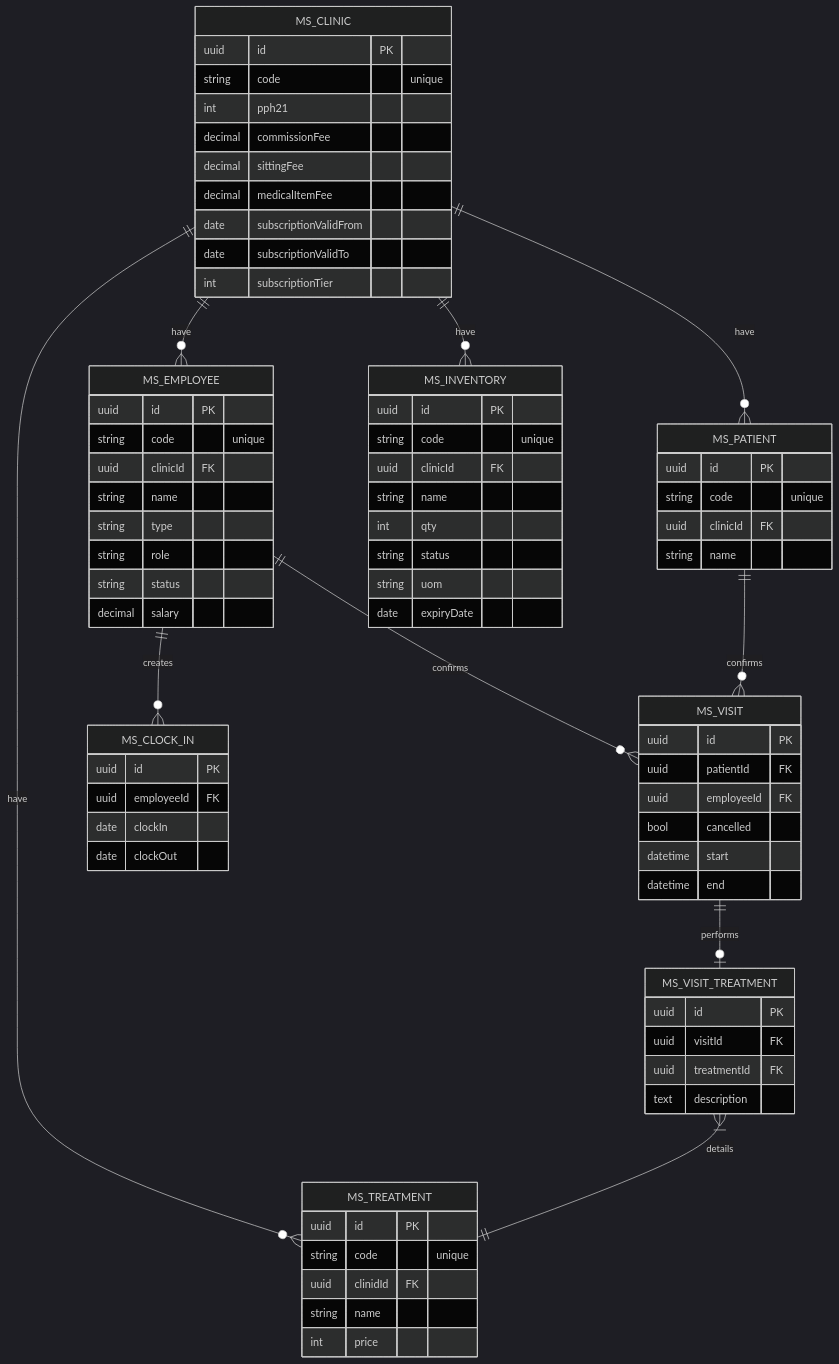
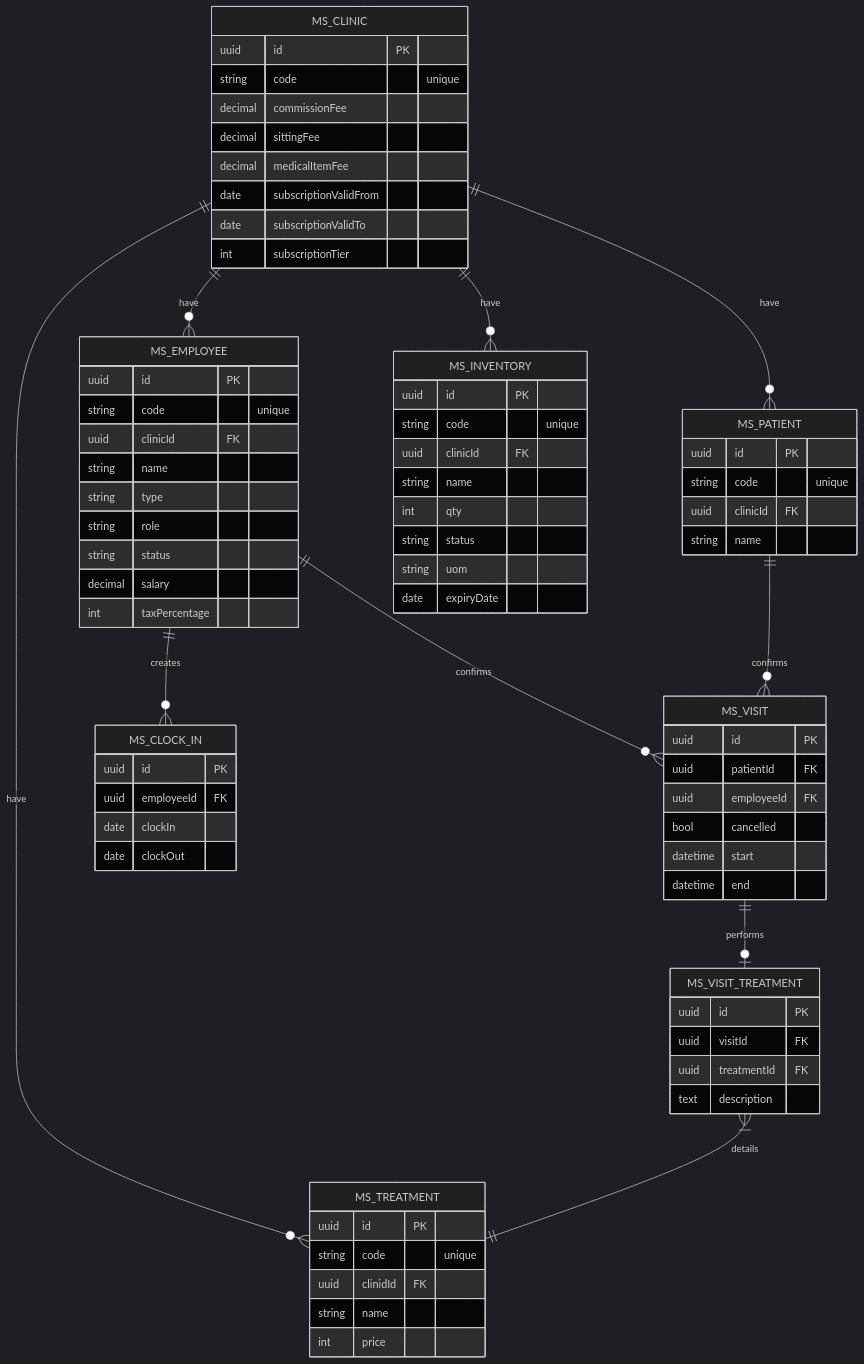
One commit to acemint/x-admin-backend changed the diagram in docs/erd.md. Above: the diagram before and after it, drawn with Mermaid (dark theme).

Commit message:
Update erd.md
move and rename pph21 to tax percentage from MS clinic to MS employee as tax should be sticked to employee

````diff
--- a/docs/erd.md
+++ b/docs/erd.md
@@ -1,77 +1,77 @@
 ```mermaid
 erDiagram
     MS_CLINIC ||--o{ MS_EMPLOYEE : have
     MS_CLINIC ||--o{ MS_PATIENT : have
     MS_CLINIC ||--o{ MS_TREATMENT : have
     MS_CLINIC ||--o{ MS_INVENTORY : have
     MS_EMPLOYEE ||--o{ MS_VISIT : confirms
     MS_EMPLOYEE ||--o{ MS_CLOCK_IN : creates
     MS_PATIENT ||--o{ MS_VISIT : confirms
     MS_VISIT ||--o| MS_VISIT_TREATMENT : performs
     MS_VISIT_TREATMENT }|--|| MS_TREATMENT : details
     
     MS_CLINIC { 
         uuid id PK
-        string code "unique"
-        int pph21 
+        string code "unique" 
         decimal commissionFee 
         decimal sittingFee
         decimal medicalItemFee
         date subscriptionValidFrom
         date subscriptionValidTo
         int subscriptionTier
     }
     MS_EMPLOYEE {
         uuid id PK
         string code "unique"
         uuid clinicId FK
         string name
         string type
         string role
         string status
         decimal salary
+        int taxPercentage
     }
     MS_PATIENT {
         uuid id PK
         string code "unique"
         uuid clinicId FK
         string name   
     }
     MS_VISIT {
         uuid id PK
         uuid patientId FK
         uuid employeeId FK
         bool cancelled
         datetime start
         datetime end 
     }
     MS_CLOCK_IN {
         uuid id PK
         uuid employeeId FK
         date clockIn
         date clockOut
     }
     MS_TREATMENT {
         uuid id PK
         string code "unique"
         uuid clinidId FK
         string name 
         int price
     }
     MS_INVENTORY {
         uuid id PK 
         string code "unique"
         uuid clinicId FK
         string name
         int qty
         string status
         string uom
         date expiryDate
     }
     MS_VISIT_TREATMENT {
         uuid id PK
         uuid visitId FK
         uuid treatmentId FK
         text description
     }
 ```
````
